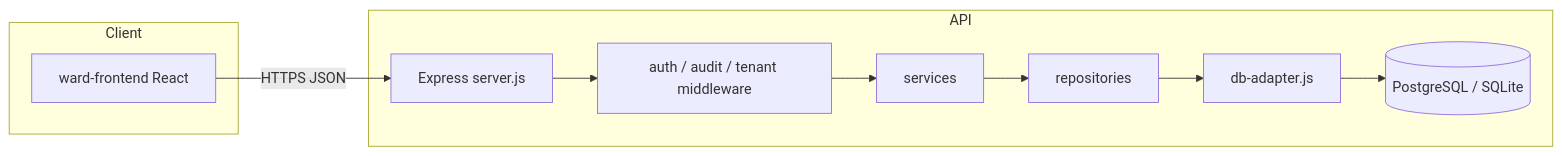
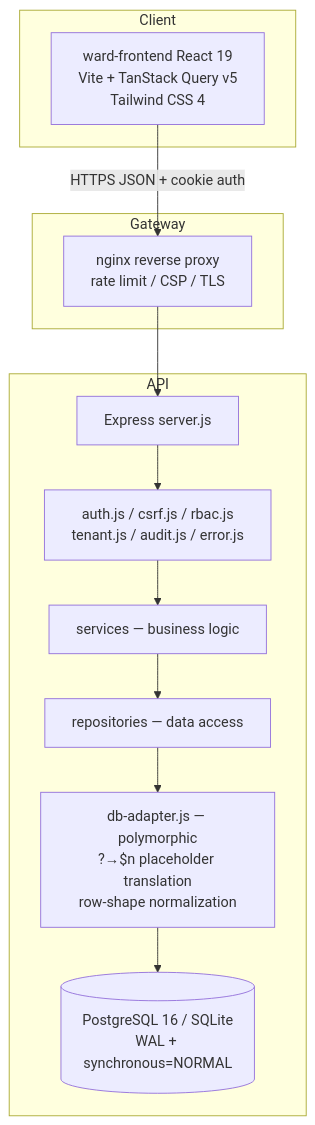
One commit to Vivek8821/General-Ward changed the diagram in codemap/CODEMAP.md. Above: the diagram before and after it, drawn with Mermaid. The commit also changed other lines of this file and 2 other files, not shown here.

````diff
--- a/codemap/CODEMAP.md
+++ b/codemap/CODEMAP.md
@@ -27,20 +34,24 @@
 ```mermaid
-flowchart LR
+flowchart TB
   subgraph Client
-    FE[ward-frontend React]
+    FE[ward-frontend React 19<br/>Vite + TanStack Query v5<br/>Tailwind CSS 4]
+  end
+  subgraph Gateway
+    NGX[nginx reverse proxy<br/>rate limit / CSP / TLS]
   end
   subgraph API
     EX[Express server.js]
-    MW[auth / audit / tenant middleware]
-    SVC[services]
-    REPO[repositories]
-    DBA[db-adapter.js]
-    DB[(PostgreSQL / SQLite)]
+    MW[auth.js / csrf.js / rbac.js<br/>tenant.js / audit.js / error.js]
+    SVC[services — business logic]
+    REPO[repositories — data access]
+    DBA[db-adapter.js — polymorphic<br/>?→$n placeholder translation<br/>row-shape normalization]
+    DB[(PostgreSQL 16 / SQLite<br/>WAL + synchronous=NORMAL)]
   end
-  FE -->|HTTPS JSON| EX
+  FE -->|HTTPS JSON + cookie auth| NGX
+  NGX --> EX
   EX --> MW
   MW --> SVC
   SVC --> REPO
   REPO --> DBA
   DBA --> DB
 ```
````
